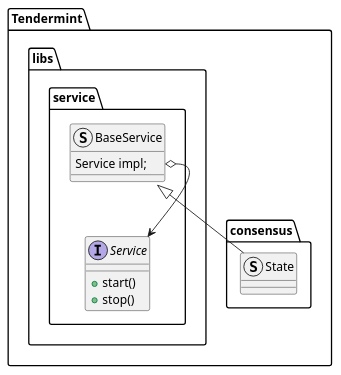
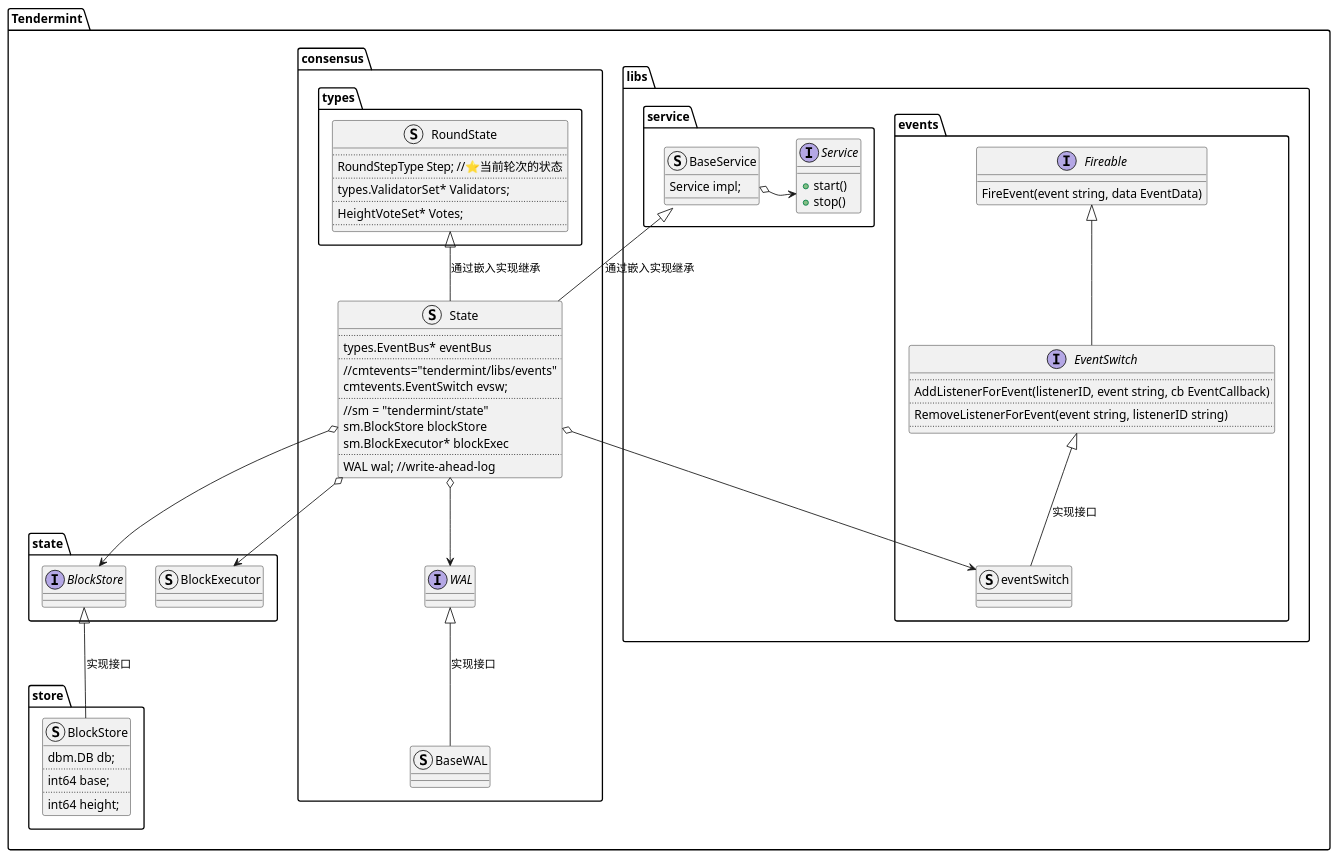
Before and after one commit to wanggeng01041454/EthermintStudyNote: the first of 5 diagrams in plantumls/006.tenderming的共识.puml, drawn with PlantUML. The commit also changed other lines of this file and 19 other files, not shown here.

```diff
--- a/plantumls/006.tenderming的共识.puml
+++ b/plantumls/006.tenderming的共识.puml
@@ -1,29 +1,107 @@
 @startuml 1.共识数据结构
 
-namespace Tendermint {
+    namespace Tendermint {
 
-    namespace libs.service {
-        interface Service {
-            +start()
-            +stop()
-        }
+        namespace libs {
+            namespace service {
+                interface Service {
+                    +start()
+                    +stop()
+                }
 
-        struct BaseService {
-            Service impl;
-        }
-        BaseService::impl o--> Service
-    }
+                struct BaseService {
+                    Service impl;
+                }
+                BaseService::impl o-> Service
+            }
 
-    namespace consensus {
+            namespace events {
+                interface Fireable {
+                    FireEvent(event string, data EventData)
+                }
+                interface EventSwitch {
+                    ....
+                    AddListenerForEvent(listenerID, event string, cb EventCallback)
+                    ....
+                    RemoveListenerForEvent(event string, listenerID string)
+                    ....
+                }
+                Fireable <|-- EventSwitch
 
-        struct State {
+                struct eventSwitch {
+
+                }
+                EventSwitch <|-- eventSwitch : 实现接口
+            }
+
+
 
         }
 
+        namespace state {
+            interface BlockStore {
 
-    }
-    libs.service.BaseService <|-- consensus.State
-}
+            }
+
+            struct BlockExecutor {
+
+            }
+        }
+        namespace store {
+            struct BlockStore {
+                dbm.DB db;
+                ....
+                int64 base;
+                ....
+                int64 height;
+            }
+        }
+        state.BlockStore <|-- store.BlockStore : 实现接口
 
 
+
+        namespace consensus {
+            namespace types {
+                struct RoundState {
+                    ....
+                    RoundStepType Step; //⭐当前轮次的状态️
+                    ....
+                    types.ValidatorSet* Validators;
+                    ....
+                    HeightVoteSet* Votes;
+                    ....
+                }
+            }
+
+            interface WAL {
+
+            }
+            struct BaseWAL {
+
+            }
+            WAL <|-- BaseWAL : 实现接口
+
+            struct State {
+                ....
+                types.EventBus* eventBus
+                ....
+                //cmtevents="tendermint/libs/events"
+                cmtevents.EventSwitch evsw;
+                ....
+                //sm = "tendermint/state"
+                sm.BlockStore blockStore
+                sm.BlockExecutor* blockExec
+                ....
+                WAL wal; //write-ahead-log
+            }
+            types.RoundState <|-- State : 通过嵌入实现继承
+            State o--> WAL
+        }
+        libs.service.BaseService <|-- consensus.State : 通过嵌入实现继承
+
+        consensus.State o--> libs.events.eventSwitch
+        consensus.State o--> state.BlockStore
+        consensus.State o--> state.BlockExecutor
+    }
+
 @enduml
```
